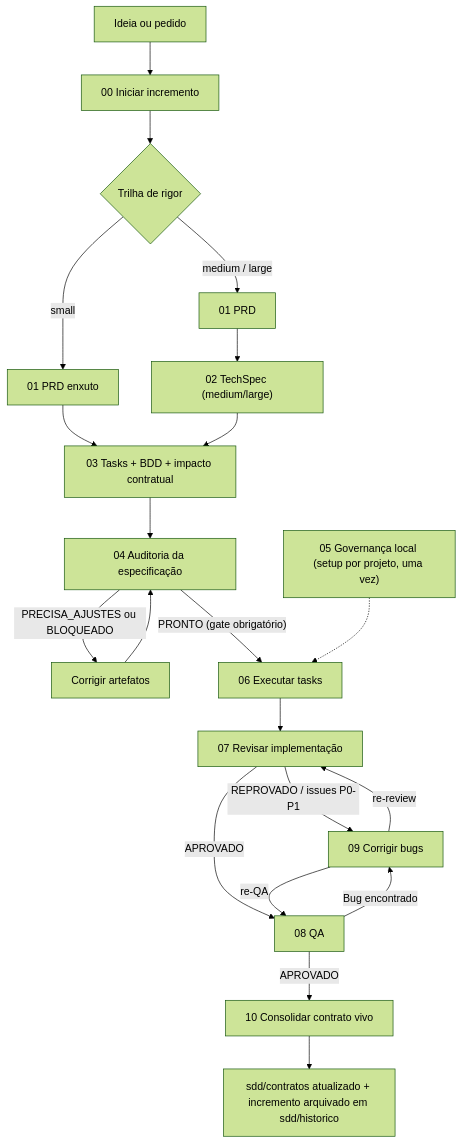
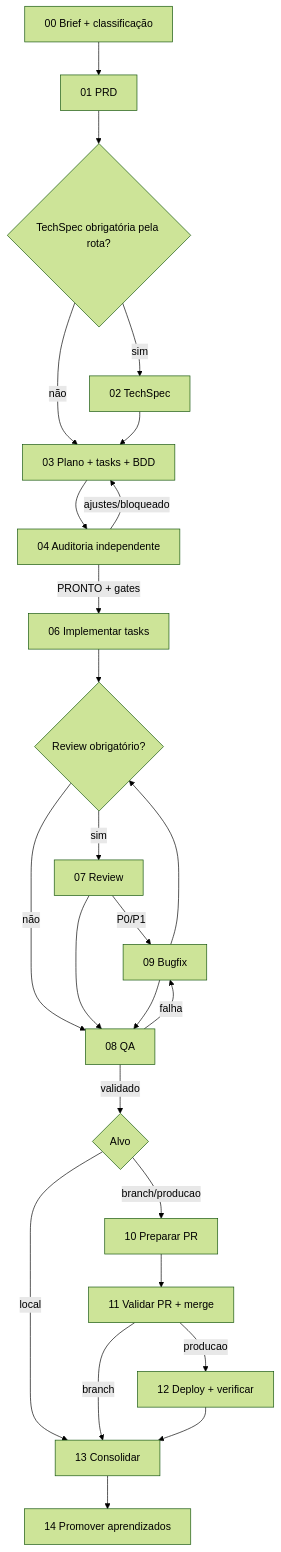
One commit to cezaraf/sdd-template changed the diagram in README.md. Above: the diagram before and after it, drawn with Mermaid (forest theme). The commit also changed other lines of this file and 35 other files, not shown here.

````diff
--- a/README.md
+++ b/README.md
@@ -173,23 +124,27 @@
 ```mermaid
 flowchart TD
-    A[Ideia ou pedido] --> B[00 Iniciar incremento]
-    B --> C{Trilha de rigor}
-    C -->|small| D[01 PRD enxuto]
-    C -->|medium / large| E[01 PRD]
-    E --> F["02 TechSpec (medium/large)"]
-    D --> G[03 Tasks + BDD + impacto contratual]
-    F --> G
-    G --> H[04 Auditoria da especificação]
-    H -->|PRECISA_AJUSTES ou BLOQUEADO| I[Corrigir artefatos]
-    I --> H
-    H -->|"PRONTO (gate obrigatório)"| K[06 Executar tasks]
-    J["05 Governança local (setup por projeto, uma vez)"] -.-> K
-    K --> L[07 Revisar implementação]
-    L -->|"REPROVADO / issues P0-P1"| O[09 Corrigir bugs]
-    L -->|APROVADO| N[08 QA]
-    N -->|Bug encontrado| O
-    O -->|re-review| L
-    O -->|re-QA| N
-    N -->|APROVADO| P[10 Consolidar contrato vivo]
-    P --> Q[sdd/contratos atualizado + incremento arquivado em sdd/historico]
+    A[00 Brief + classificação] --> B[01 PRD]
+    B --> C{TechSpec obrigatória pela rota?}
+    C -->|não| D[03 Plano + tasks + BDD]
+    C -->|sim| E[02 TechSpec]
+    E --> D
+    D --> F[04 Auditoria independente]
+    F -->|ajustes/bloqueado| D
+    F -->|PRONTO + gates| G[06 Implementar tasks]
+    G --> H{Review obrigatório?}
+    H -->|sim| R[07 Review]
+    H -->|não| I[08 QA]
+    R -->|P0/P1| J[09 Bugfix]
+    R --> I
+    I -->|falha| J
+    J --> H
+    J --> I
+    I -->|validado| K{Alvo}
+    K -->|local| N[13 Consolidar]
+    K -->|branch/producao| L[10 Preparar PR]
+    L --> M[11 Validar PR + merge]
+    M -->|branch| N
+    M -->|producao| O[12 Deploy + verificar]
+    O --> N
+    N --> P[14 Promover aprendizados]
 ```
````
